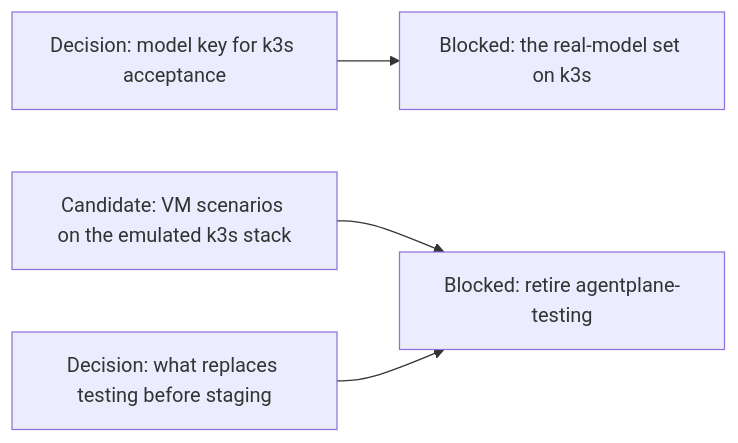
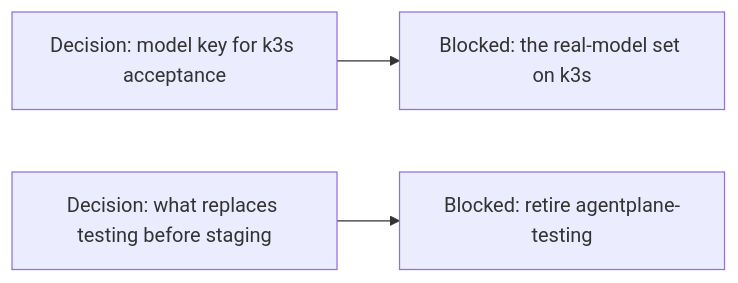
Before and after one commit to agentydragon/ducktape: diagram 18 of 19 in agentplane/plans/task_dag.md, drawn with Mermaid. The commit also changed other lines of this file and 20 other files, not shown here.

First line of the commit message:
agentplane acceptance: run the VM scenarios on the emulated k3s stack

````diff
--- a/agentplane/plans/task_dag.md
+++ b/agentplane/plans/task_dag.md
@@ -1959,11 +1957,9 @@
 ```mermaid
 flowchart LR
     K3S_MODEL_CREDENTIALS[Decision: model key for k3s acceptance]
     K3S_MODEL_SCENARIOS[Blocked: the real-model set on k3s]
-    K3S_VM_ACCEPTANCE[Candidate: VM scenarios on the emulated k3s stack]
     TESTING_ROLLOUT_ROLE[Decision: what replaces testing before staging]
     TESTING_ENVIRONMENT_RETIRE[Blocked: retire agentplane-testing]
     K3S_MODEL_CREDENTIALS --> K3S_MODEL_SCENARIOS
-    K3S_VM_ACCEPTANCE --> TESTING_ENVIRONMENT_RETIRE
     TESTING_ROLLOUT_ROLE --> TESTING_ENVIRONMENT_RETIRE
 ```
````
